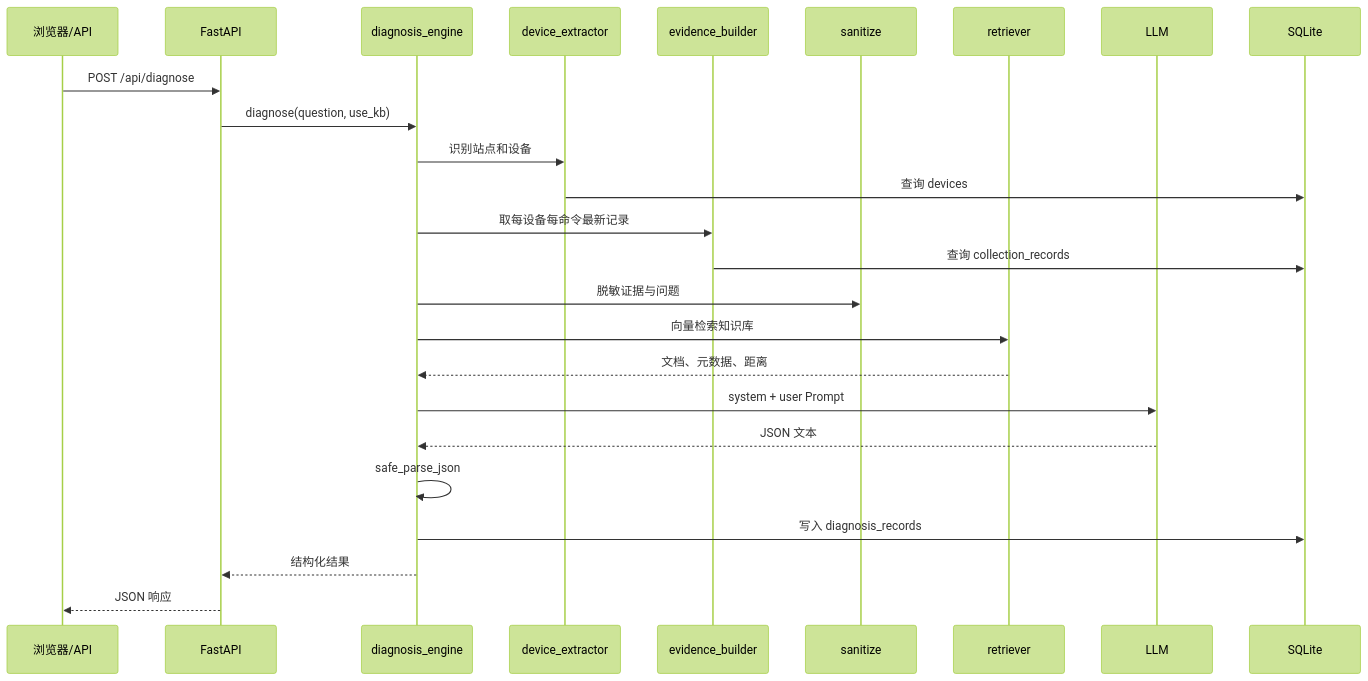
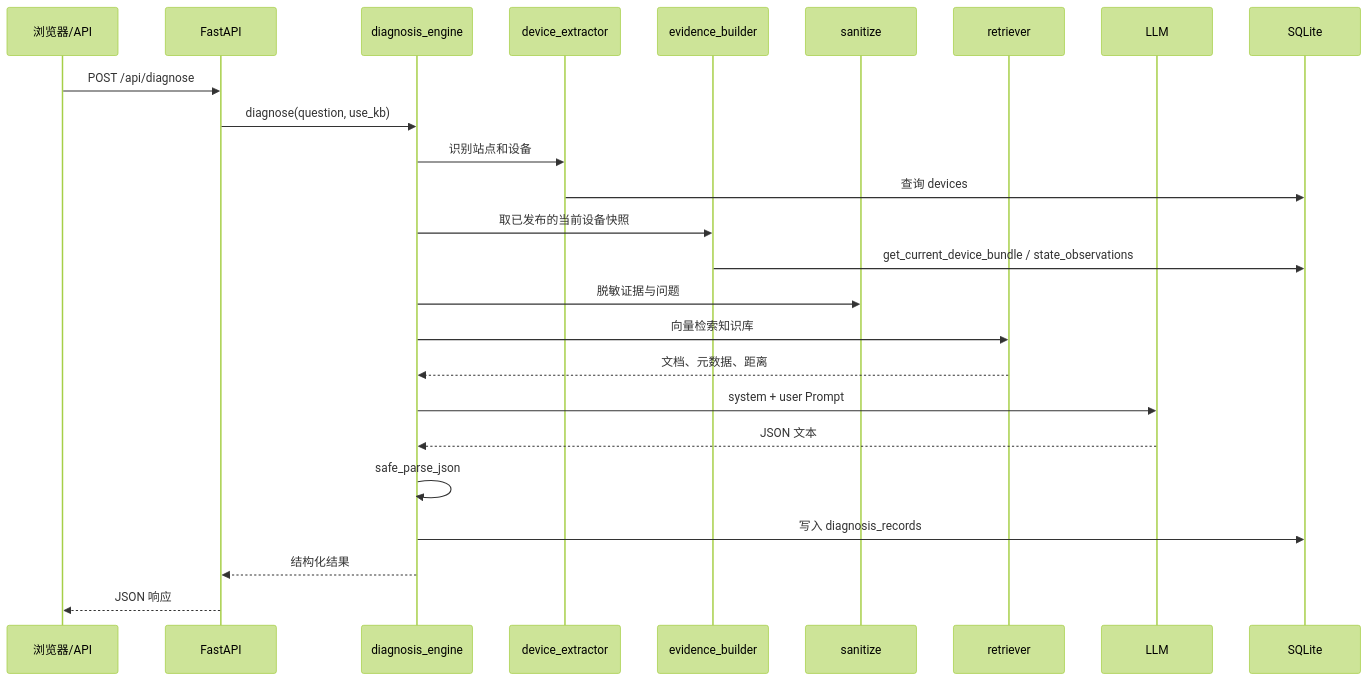
Before and after one commit to A1PHAalpha/-project6: the third of 7 diagrams in README.md, drawn with Mermaid (forest theme). The commit also changed other lines of this file and 23 other files, not shown here.

````diff
--- a/README.md
+++ b/README.md
@@ -279,28 +316,28 @@
 ```mermaid
 sequenceDiagram
     participant UI as 浏览器/API
     participant API as FastAPI
     participant D as diagnosis_engine
     participant X as device_extractor
     participant E as evidence_builder
     participant S as sanitize
     participant K as retriever
     participant L as LLM
     participant DB as SQLite
 
     UI->>API: POST /api/diagnose
     API->>D: diagnose(question, use_kb)
     D->>X: 识别站点和设备
     X->>DB: 查询 devices
-    D->>E: 取每设备每命令最新记录
-    E->>DB: 查询 collection_records
+    D->>E: 取已发布的当前设备快照
+    E->>DB: get_current_device_bundle / state_observations
     D->>S: 脱敏证据与问题
     D->>K: 向量检索知识库
     K-->>D: 文档、元数据、距离
     D->>L: system + user Prompt
     L-->>D: JSON 文本
     D->>D: safe_parse_json
     D->>DB: 写入 diagnosis_records
     D-->>API: 结构化结果
     API-->>UI: JSON 响应
 ```
````
